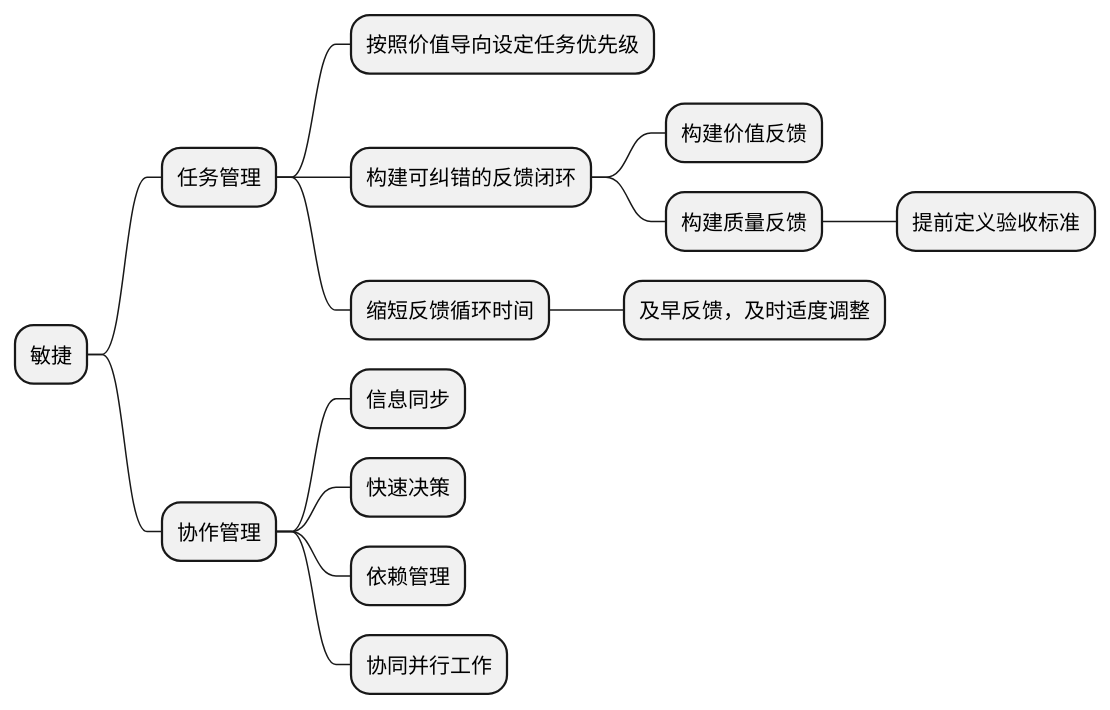
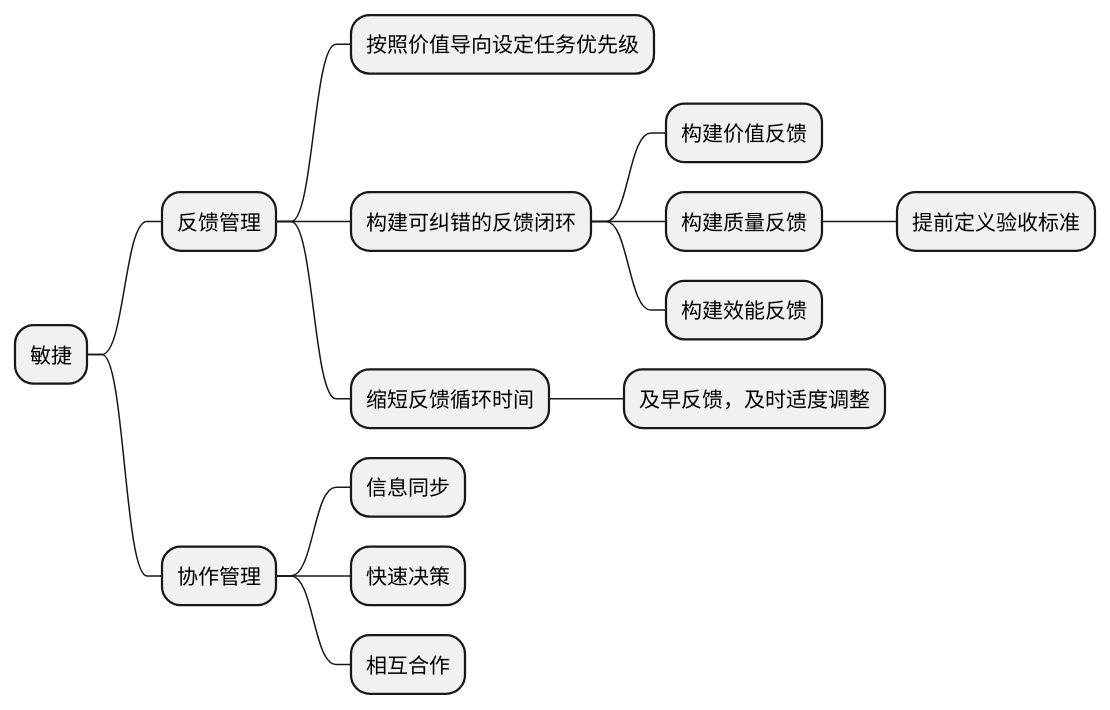
One commit to lem-org/lem-org.github.io changed the sixth of 6 diagrams in content/insights/what_is_agile/index.zh-cn.raw.md. Above: the diagram before and after it, drawn with PlantUML. The commit also changed other lines of this file and 18 other files, not shown here.

````diff
--- a/content/insights/what_is_agile/index.zh-cn.raw.md
+++ b/content/insights/what_is_agile/index.zh-cn.raw.md
@@ -256,18 +237,18 @@
 ```plantuml
 @startmindmap
 * 敏捷
-    * 任务管理
+    * 反馈管理
         * 按照价值导向设定任务优先级
         * 构建可纠错的反馈闭环
             * 构建价值反馈
             * 构建质量反馈
                 * 提前定义验收标准
+            * 构建效能反馈
         * 缩短反馈循环时间
             * 及早反馈，及时适度调整
     * 协作管理
         * 信息同步
         * 快速决策
-        * 依赖管理
-        * 协同并行工作
+        * 相互合作
 @endmindmap
 ```
````
